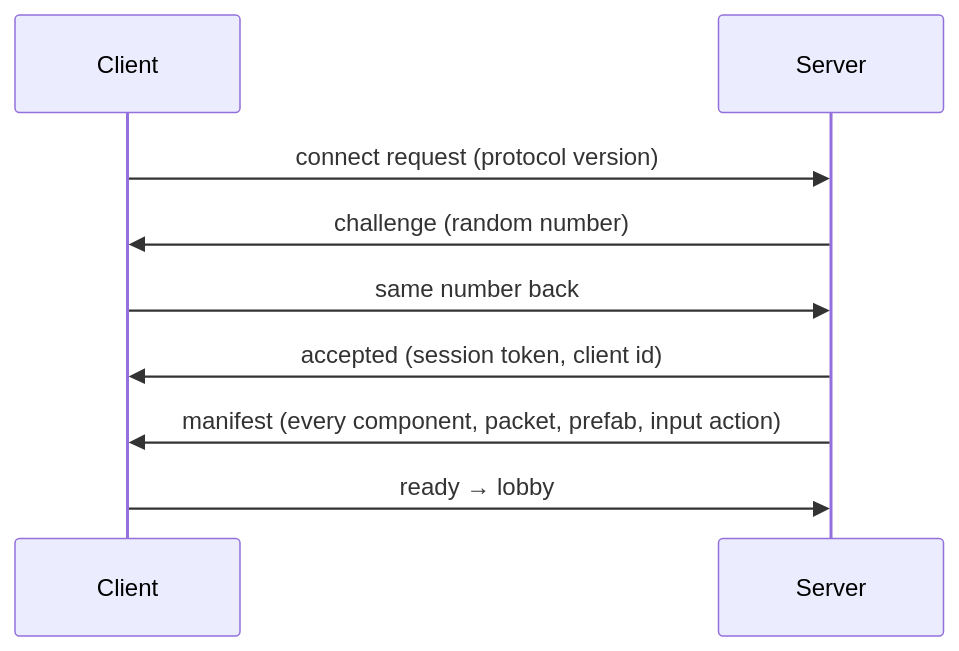
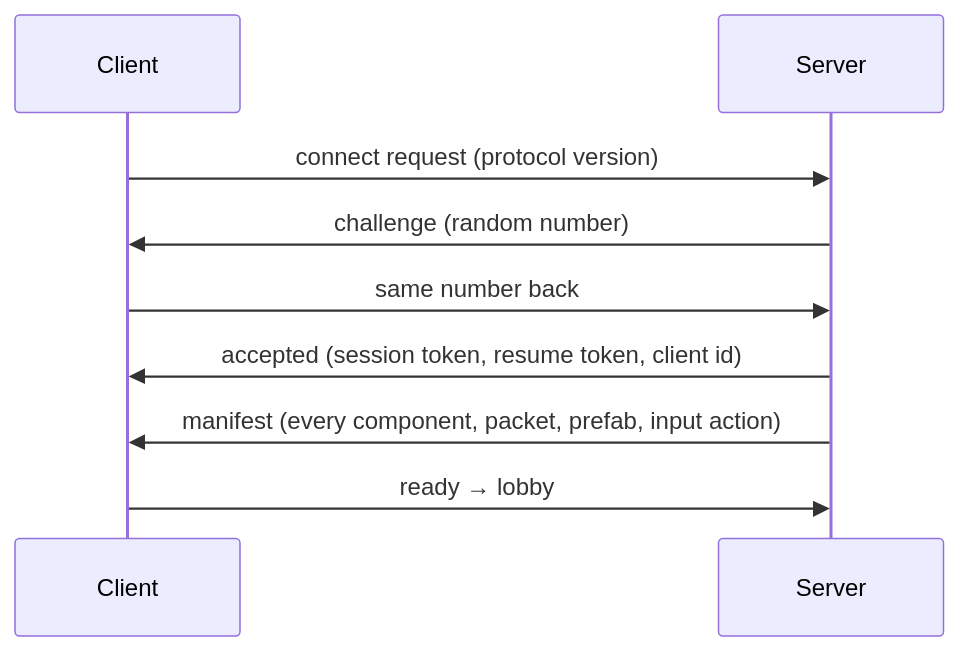
One commit to Charles-Mahoudeau/rtype changed the second of 2 diagrams in docs/network/overview.md. Above: the diagram before and after it, drawn with Mermaid. The commit also changed other lines of this file, not shown here.

````diff
--- a/docs/network/overview.md
+++ b/docs/network/overview.md
@@ -76,11 +76,11 @@
 ```mermaid
 sequenceDiagram
     participant C as Client
     participant S as Server
     C->>S: connect request (protocol version)
     S->>C: challenge (random number)
     C->>S: same number back
-    S->>C: accepted (session token, client id)
+    S->>C: accepted (session token, resume token, client id)
     S->>C: manifest (every component, packet, prefab, input action)
     C->>S: ready → lobby
 ```
````
